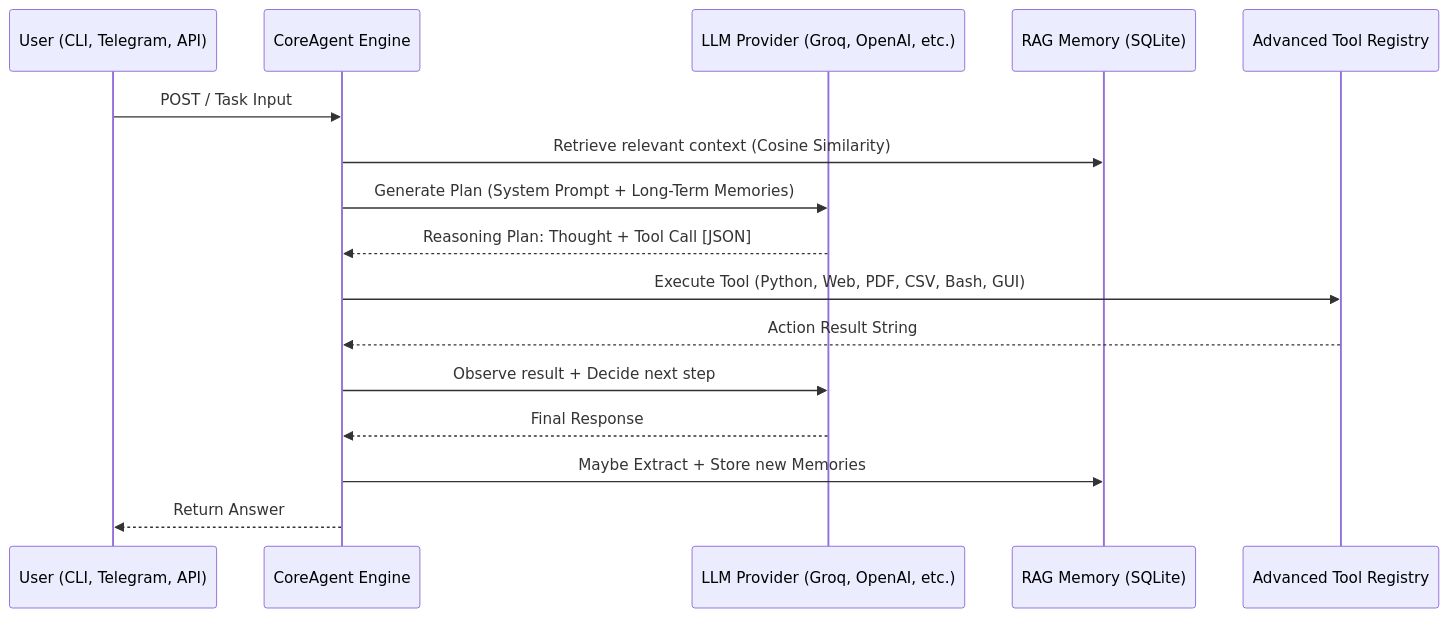
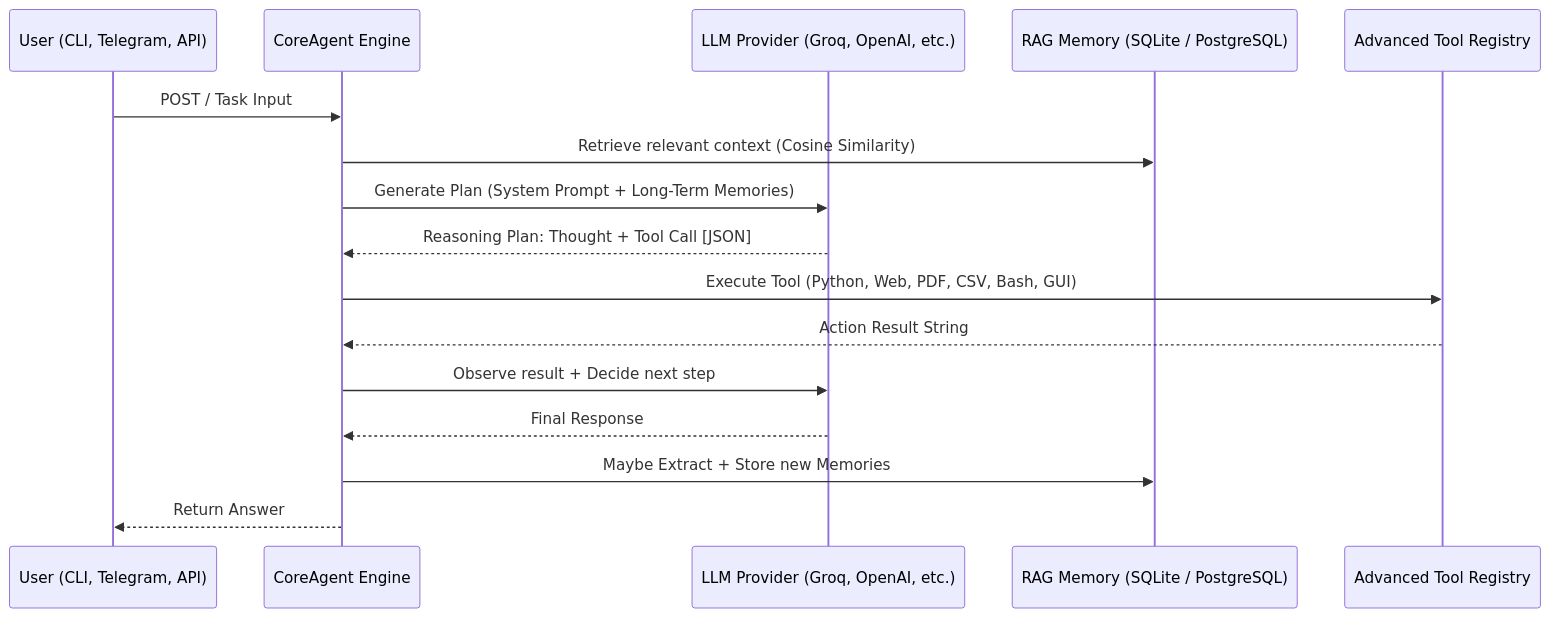
One commit to AlexThunder01/ARGOS-2 changed the diagram in docs/TECHNICAL_SPECIFICATION.md. Above: the diagram before and after it, drawn with Mermaid. The commit also changed other lines of this file and 5 other files, not shown here.

````diff
--- a/docs/TECHNICAL_SPECIFICATION.md
+++ b/docs/TECHNICAL_SPECIFICATION.md
@@ -13,22 +13,22 @@
 ```mermaid
 sequenceDiagram
     participant U as User (CLI, Telegram, API)
     participant C as CoreAgent Engine
     participant LLM as LLM Provider (Groq, OpenAI, etc.)
-    participant M as RAG Memory (SQLite)
+    participant M as RAG Memory (SQLite / PostgreSQL)
     participant T as Advanced Tool Registry
 
     U->>C: POST / Task Input
     C->>M: Retrieve relevant context (Cosine Similarity)
     C->>LLM: Generate Plan (System Prompt + Long-Term Memories)
     LLM-->>C: Reasoning Plan: Thought + Tool Call [JSON]
     
     C->>T: Execute Tool (Python, Web, PDF, CSV, Bash, GUI)
     T-->>C: Action Result String
     
     C->>LLM: Observe result + Decide next step
     LLM-->>C: Final Response
     
     C->>M: Maybe Extract + Store new Memories
     C-->>U: Return Answer
 ```
````
